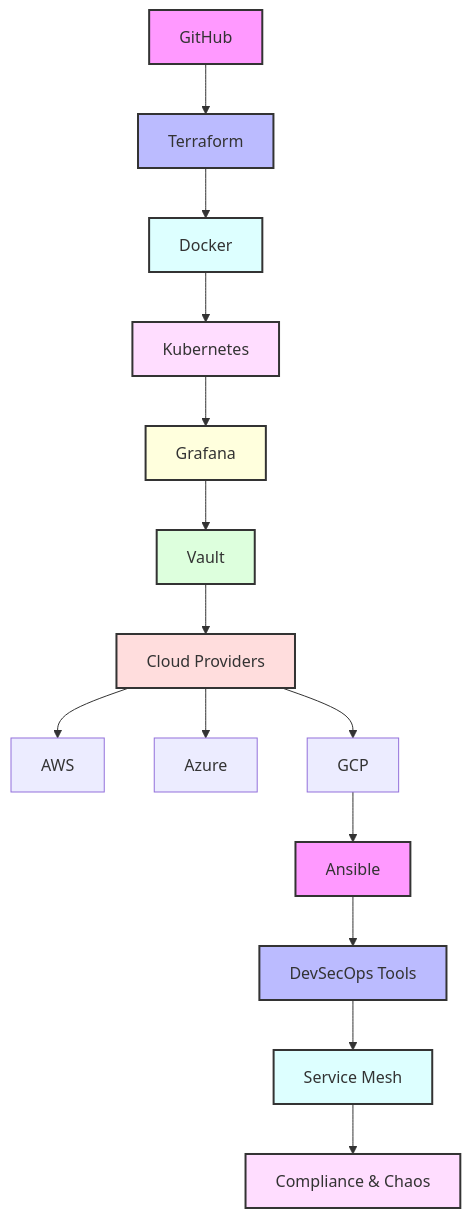
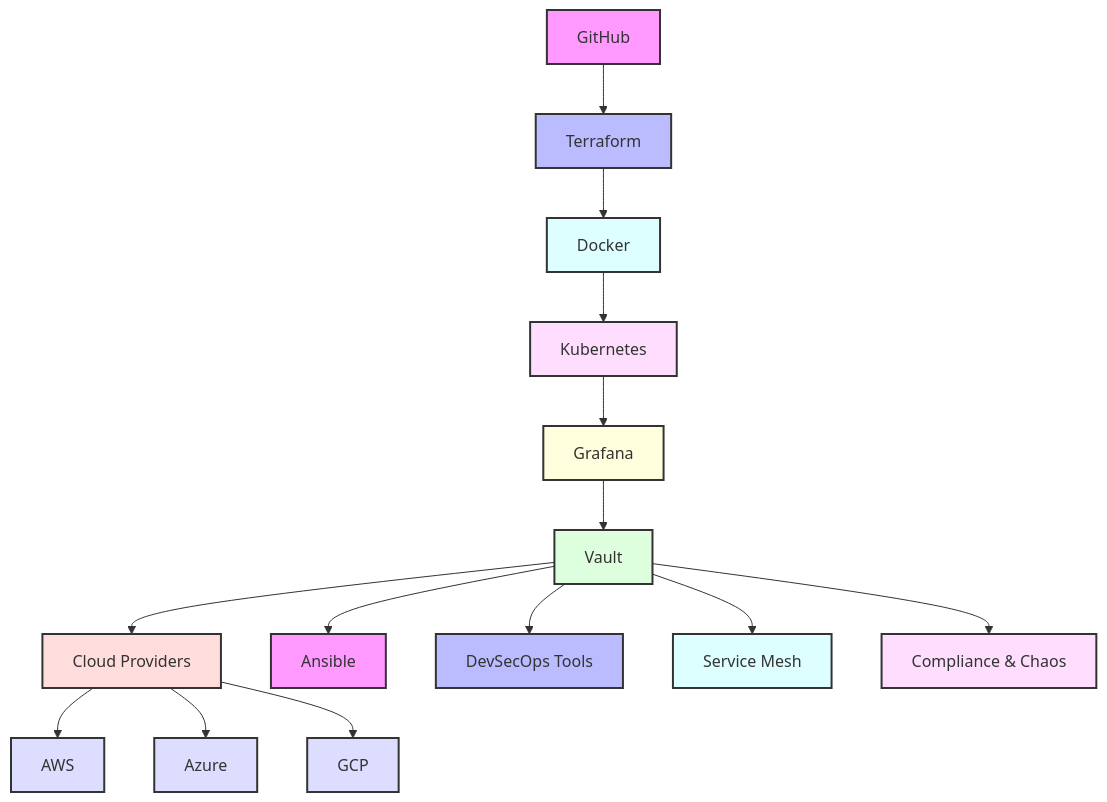
One commit to dbsectrainer/devOps_tools changed the first of 3 diagrams in README.md. Above: the diagram before and after it, drawn with Mermaid.

Commit message:
Update diagram

````diff
--- a/README.md
+++ b/README.md
@@ -20,28 +20,41 @@
 ```mermaid
 graph TD
     A[GitHub] --> B[Terraform]
     B --> C[Docker]
     C --> D[Kubernetes]
     D --> E[Grafana]
     E --> F[Vault]
+    
+    %% Cloud section
     F --> G[Cloud Providers]
     G --> H1[AWS]
     G --> H2[Azure]
     G --> H3[GCP]
-    H3 --> I[Ansible]
-    I --> J[DevSecOps Tools]
-    J --> K[Service Mesh]
-    K --> L[Compliance & Chaos]
+    
+    %% Configuration Management
+    F --> I[Ansible]
+    
+    %% Security section
+    F --> J[DevSecOps Tools]
+    
+    %% Advanced networking
+    F --> K[Service Mesh]
+    
+    %% Governance section
+    F --> L[Compliance & Chaos]
 
     style A fill:#f9f,stroke:#333,stroke-width:2px
     style B fill:#bbf,stroke:#333,stroke-width:2px
     style C fill:#dff,stroke:#333,stroke-width:2px
     style D fill:#fdf,stroke:#333,stroke-width:2px
     style E fill:#ffd,stroke:#333,stroke-width:2px
     style F fill:#dfd,stroke:#333,stroke-width:2px
     style G fill:#fdd,stroke:#333,stroke-width:2px
+    style H1 fill:#ddf,stroke:#333,stroke-width:2px
+    style H2 fill:#ddf,stroke:#333,stroke-width:2px
+    style H3 fill:#ddf,stroke:#333,stroke-width:2px
     style I fill:#f9f,stroke:#333,stroke-width:2px
     style J fill:#bbf,stroke:#333,stroke-width:2px
     style K fill:#dff,stroke:#333,stroke-width:2px
     style L fill:#fdf,stroke:#333,stroke-width:2px
 ```
````
